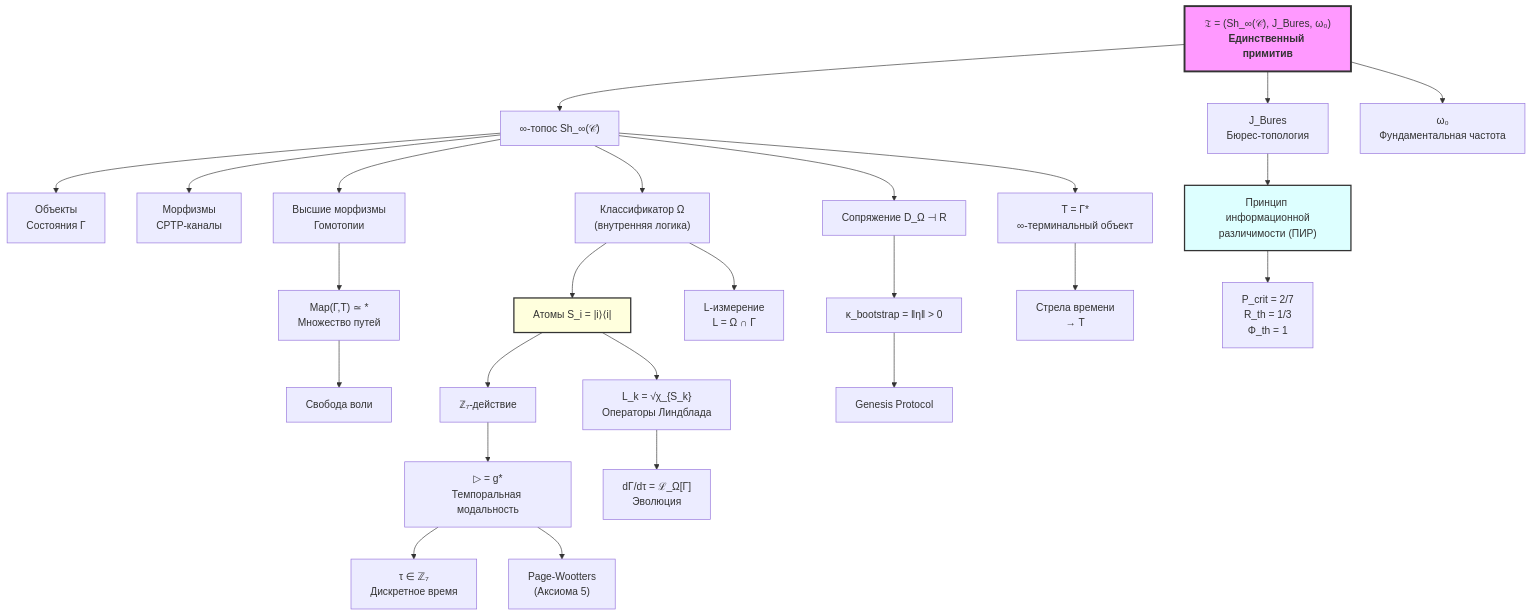
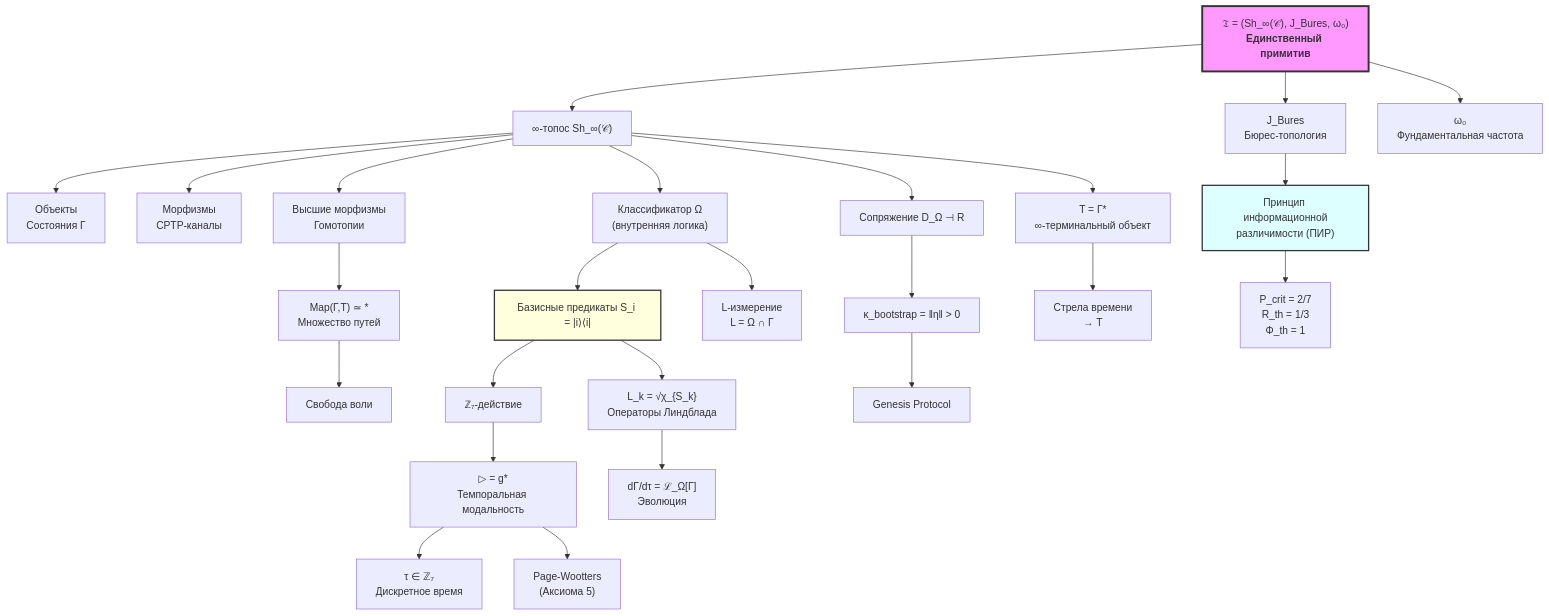
Before and after one commit to uhm-theory/holon: the second of 2 diagrams in website/docs/core/foundations/axiom-omega.md, drawn with Mermaid. The commit also changed other lines of this file and 7 other files, not shown here.

````diff
--- a/website/docs/core/foundations/axiom-omega.md
+++ b/website/docs/core/foundations/axiom-omega.md
@@ -1225,40 +1241,40 @@
 ```mermaid
 graph TD
     Prim["𝔗 = (Sh_∞(𝒞), J_Bures, ω₀)<br/><b>Единственный примитив</b>"] --> T["∞-топос Sh_∞(𝒞)"]
     Prim --> Bures["J_Bures<br/>Бюрес-топология"]
     Prim --> Omega0["ω₀<br/>Фундаментальная частота"]
 
     T --> Ob["Объекты<br/>Состояния Γ"]
     T --> Mor["Морфизмы<br/>CPTP-каналы"]
     T --> Higher["Высшие морфизмы<br/>Гомотопии"]
     T --> Omega["Классификатор Ω<br/>(внутренняя логика)"]
 
-    Omega --> Atoms["Атомы S_i = |i⟩⟨i|"]
+    Omega --> Atoms["Базисные предикаты S_i = |i⟩⟨i|"]
     Atoms --> Z7["ℤ₇-действие"]
     Z7 --> Modal["▷ = g*<br/>Темпоральная модальность"]
 
     Omega --> L["L-измерение<br/>L = Ω ∩ Γ"]
     Atoms --> Lk["L_k = √χ_{S_k}<br/>Операторы Линдблада"]
 
     T --> Adj["Сопряжение D_Ω ⊣ R"]
     Adj --> Kboot["κ_bootstrap = ‖η‖ > 0"]
 
     Bures --> PIR["Принцип информационной<br/>различимости (ПИР)"]
     PIR --> Thresholds["P_crit = 2/7<br/>R_th = 1/3<br/>Φ_th = 1"]
 
     Modal --> tau["τ ∈ ℤ₇<br/>Дискретное время"]
     Modal --> PW["Page-Wootters<br/>(Аксиома 5)"]
 
     Lk --> Evol["dΓ/dτ = ℒ_Ω[Γ]<br/>Эволюция"]
 
     T --> Term["T = Γ*<br/>∞-терминальный объект"]
     Term --> Arrow["Стрела времени<br/>→ T"]
     Higher --> Freedom["Map(Γ,T) ≃ *<br/>Множество путей"]
     Freedom --> Will["Свобода воли"]
 
     Kboot --> Genesis["Genesis Protocol"]
 
     style Prim fill:#f9f,stroke:#333,stroke-width:3px
     style Atoms fill:#ffd,stroke:#333,stroke-width:2px
     style PIR fill:#dff,stroke:#333,stroke-width:2px
 ```
````
